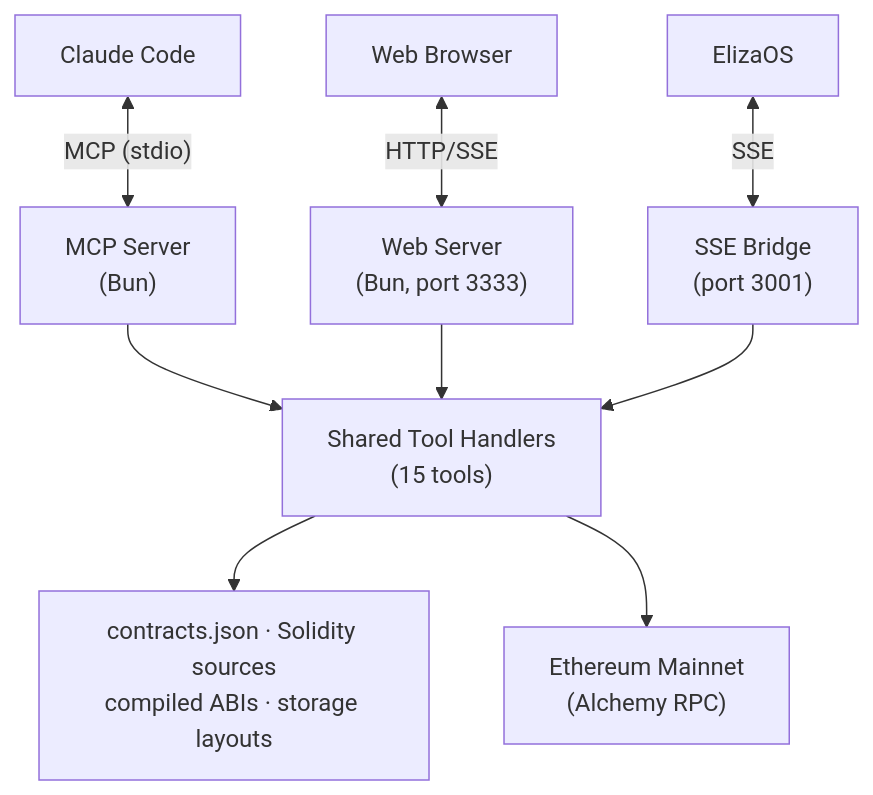
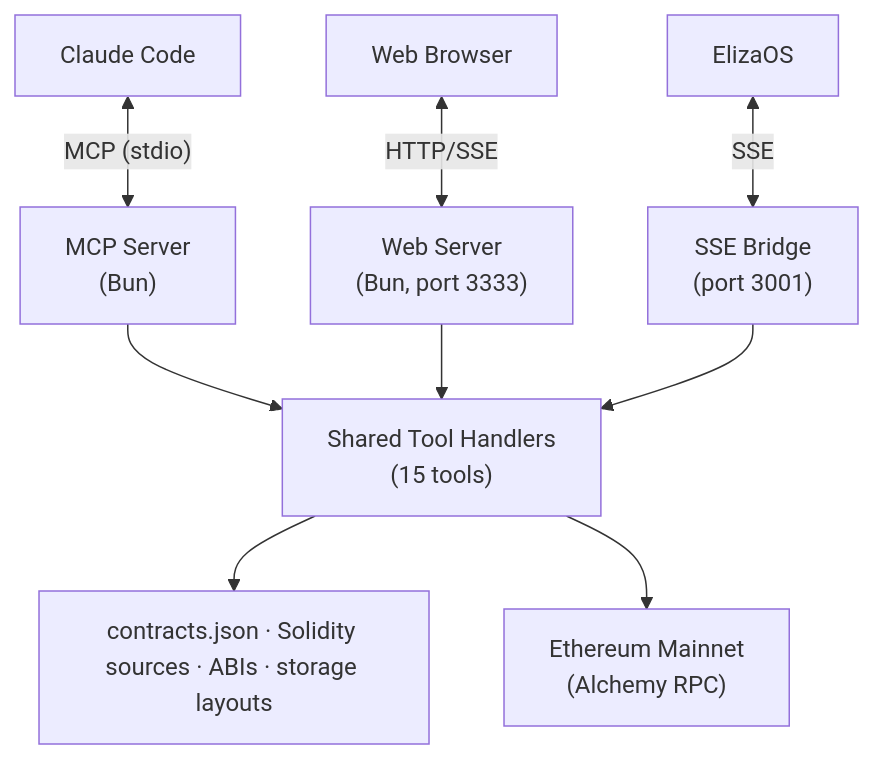
Before and after one commit to tokamak-network/tokamak-dao-agent: the diagram in README.md, drawn with Mermaid. The commit also changed 10 other files, not shown here.

Commit message:
fix(docs): simplify Mermaid data node label to single line

````diff
--- a/README.md
+++ b/README.md
@@ -7,11 +7,11 @@
 ```mermaid
 flowchart TB
     Claude["Claude Code"] <-->|"MCP (stdio)"| MCP["MCP Server<br/>(Bun)"]
     Browser["Web Browser"] <-->|"HTTP/SSE"| Web["Web Server<br/>(Bun, port 3333)"]
     ElizaOS["ElizaOS"] <-->|"SSE"| SSE["SSE Bridge<br/>(port 3001)"]
 
     MCP & Web & SSE --> Handlers["Shared Tool Handlers<br/>(15 tools)"]
 
-    Handlers --> Data["contracts.json · Solidity sources<br/>compiled ABIs · storage layouts"]
+    Handlers --> Data["contracts.json · Solidity sources · ABIs · storage layouts"]
     Handlers --> RPC["Ethereum Mainnet<br/>(Alchemy RPC)"]
 ```
````
